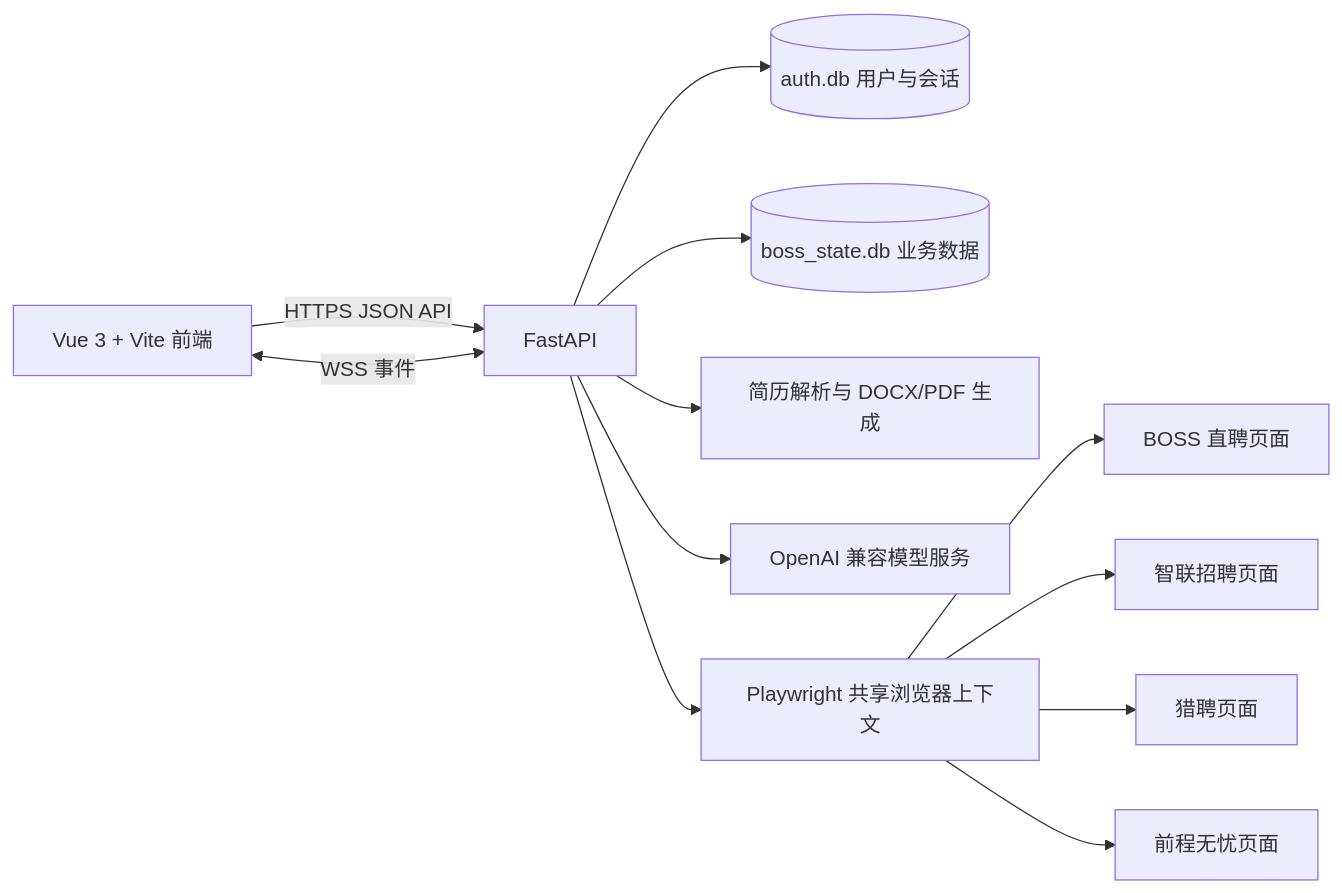
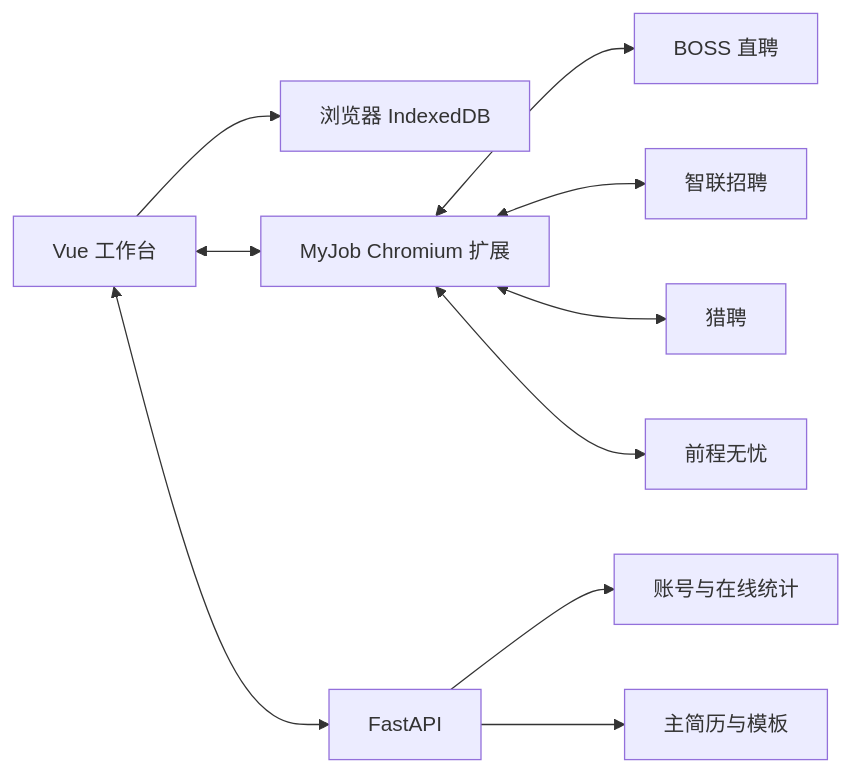
The diagram in README.md (golddog9598-cmyk/MyJob), drawn with Mermaid before and after one commit. The commit also changed other lines of this file and 92 other files, not shown here.

````diff
--- a/README.md
+++ b/README.md
@@ -143,14 +45,12 @@
 ```mermaid
 flowchart LR
-    UI[Vue 3 + Vite 前端] -->|HTTPS JSON API| API[FastAPI]
-    UI <-->|WSS 事件| API
-    API --> AUTH[(auth.db 用户与会话)]
-    API --> DATA[(boss_state.db 业务数据)]
-    API --> DOC[简历解析与 DOCX/PDF 生成]
-    API --> AI[OpenAI 兼容模型服务]
-    API --> AUTO[Playwright 共享浏览器上下文]
-    AUTO --> BOSS[BOSS 直聘页面]
-    AUTO --> ZL[智联招聘页面]
-    AUTO --> LP[猎聘页面]
-    AUTO --> J51[前程无忧页面]
+    UI[Vue 工作台] --> IDB[浏览器 IndexedDB]
+    UI <--> EXT[MyJob Chromium 扩展]
+    EXT <--> P1[BOSS 直聘]
+    EXT <--> P2[智联招聘]
+    EXT <--> P3[猎聘]
+    EXT <--> P4[前程无忧]
+    UI <--> API[FastAPI]
+    API --> AUTH[账号与在线统计]
+    API --> RESUME[主简历与模板]
 ```
````
